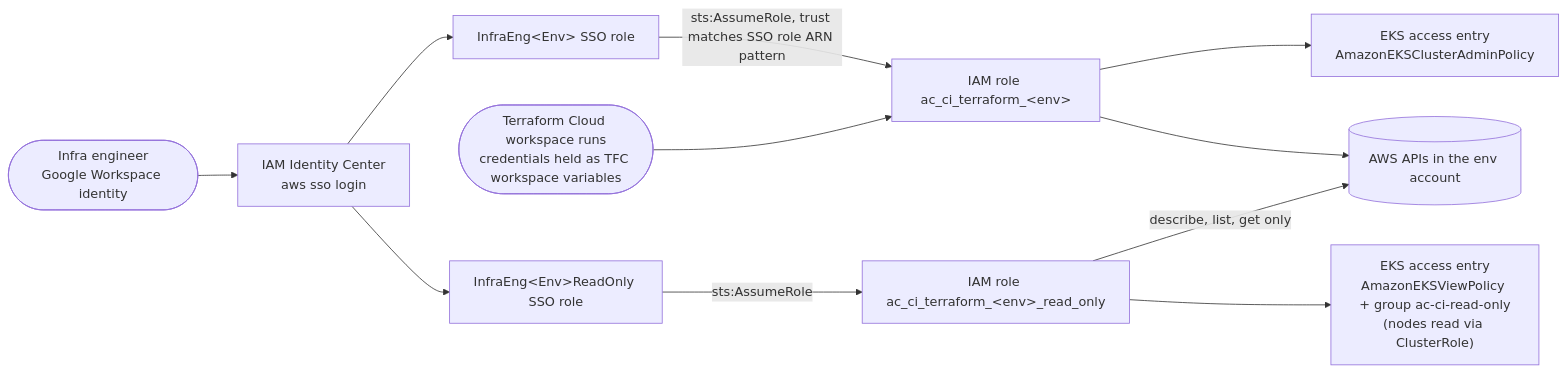
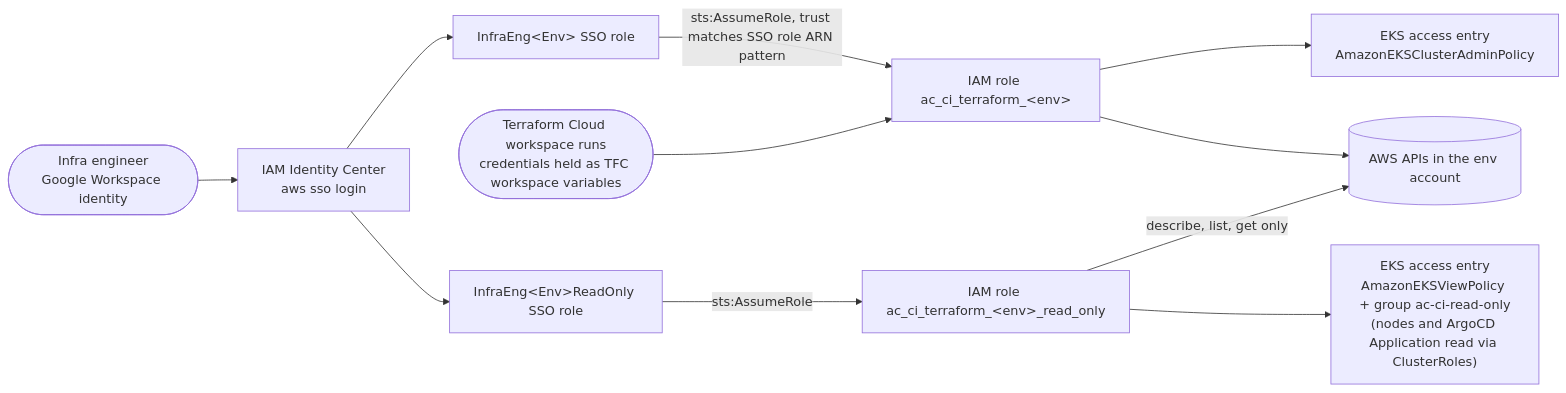
Before and after one commit to team-automation-calculator/core-iac: the third of 5 diagrams in docs/architecture/aws-resources.md, drawn with Mermaid. The commit also changed 3 other files, not shown here.

First line of the commit message:
Let the read-only Kubernetes identity read the ArgoCD Application status

````diff
--- a/docs/architecture/aws-resources.md
+++ b/docs/architecture/aws-resources.md
@@ -102,22 +102,22 @@
 ```mermaid
 flowchart LR
     eng(["Infra engineer<br/>Google Workspace identity"])
     sso["IAM Identity Center<br/>aws sso login"]
     rw["InfraEng&lt;Env&gt; SSO role"]
     ro["InfraEng&lt;Env&gt;ReadOnly SSO role"]
     ci["IAM role ac_ci_terraform_&lt;env&gt;"]
     ciro["IAM role ac_ci_terraform_&lt;env&gt;_read_only"]
     tfc(["Terraform Cloud workspace runs<br/>credentials held as TFC workspace variables"])
     admin["EKS access entry<br/>AmazonEKSClusterAdminPolicy"]
-    view["EKS access entry<br/>AmazonEKSViewPolicy + group ac-ci-read-only<br/>(nodes read via ClusterRole)"]
+    view["EKS access entry<br/>AmazonEKSViewPolicy + group ac-ci-read-only<br/>(nodes and ArgoCD Application read via ClusterRoles)"]
     aws[("AWS APIs in the env account")]
 
     eng --> sso
     sso --> rw -->|sts:AssumeRole, trust matches SSO role ARN pattern| ci
     sso --> ro -->|sts:AssumeRole| ciro
     tfc --> ci
     ci --> admin
     ci --> aws
     ciro --> view
     ciro -->|describe, list, get only| aws
 ```
````
